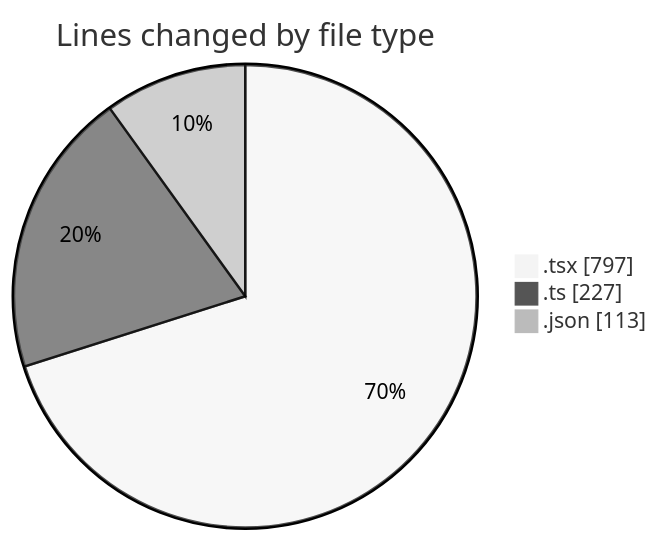
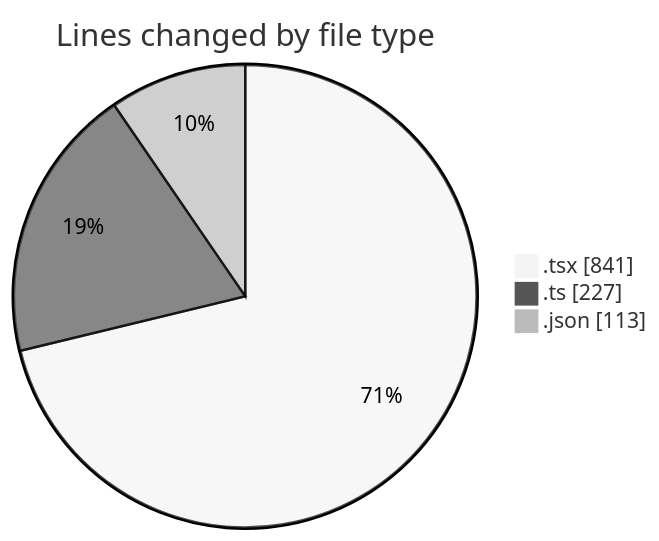
One commit to momahboobian/code-tracking changed the first of 2 diagrams in 2025-02-23/pdf-analysis-app/README.md. Above: the diagram before and after it, drawn with Mermaid (neutral theme). The commit also changed other lines of this file and 1 other file, not shown here.

````diff
--- a/2025-02-23/pdf-analysis-app/README.md
+++ b/2025-02-23/pdf-analysis-app/README.md
@@ -30,7 +30,7 @@
 ```mermaid
 pie showData
 title Lines changed by file type
-".tsx" : 797
+".tsx" : 841
 ".ts" : 227
 ".json" : 113
 ```
````
